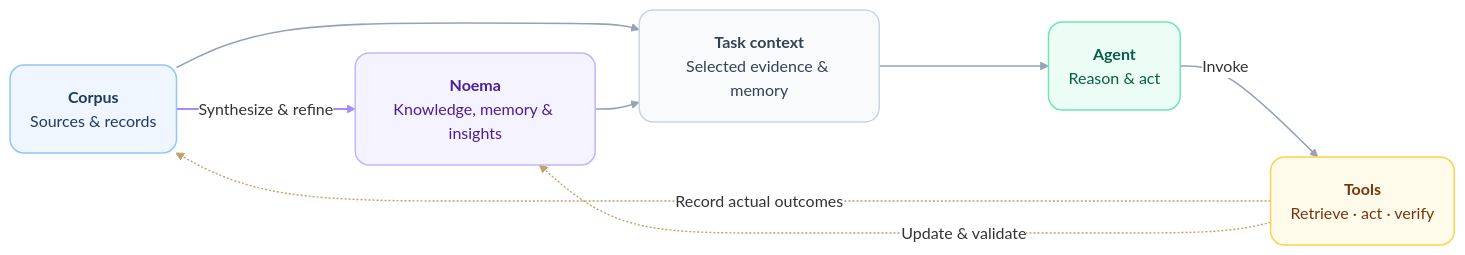
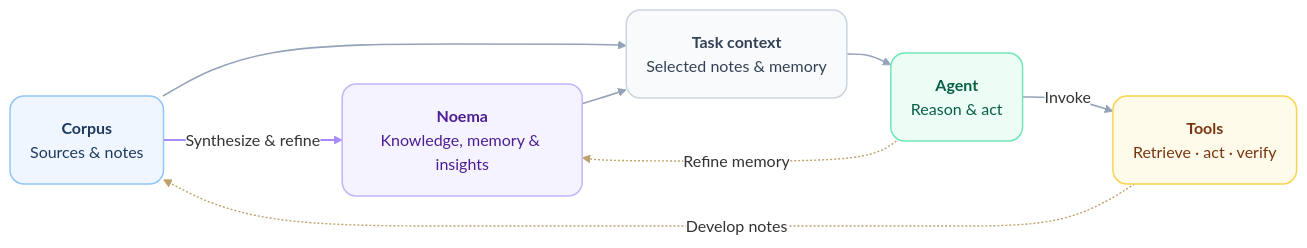
The diagram in README.md (cstheo/Noema), drawn with Mermaid before and after one commit. The commit also changed other lines of this file and 46 other files, not shown here.

Commit message:
Remove `records` and simplify Noema memory

````diff
--- a/README.md
+++ b/README.md
@@ -19,34 +19,34 @@
 ```mermaid
 %%{init: {"theme": "base", "themeVariables": {"fontFamily": "Inter, system-ui, sans-serif", "fontSize": "16px", "lineColor": "#94a3b8", "edgeLabelBackground": "#ffffff"}, "flowchart": {"curve": "basis", "nodeSpacing": 40, "rankSpacing": 44, "padding": 20}}}%%
 flowchart LR
 
-    C("<b>Corpus</b><br/>Sources & records")
+    C("<b>Corpus</b><br/>Sources & notes")
     N("<b>Noema</b><br/>Knowledge, memory & insights")
-    X("<b>Task context</b><br/>Selected evidence & memory")
+    X("<b>Task context</b><br/>Selected notes & memory")
     A("<b>Agent</b><br/>Reason & act")
     T("<b>Tools</b><br/>Retrieve · act · verify")
 
     C -->|Synthesize & refine| N
     C --> X
     N --> X
     X --> A
     A -->|Invoke| T
-    T -.->|Record actual outcomes| C
-    T -.->|Update & validate| N
+    T -.->|Develop notes| C
+    A -.->|Refine memory| N
 
     classDef corpus fill:#eff6ff,stroke:#93c5fd,color:#1e3a5f,stroke-width:1.5px,rx:14,ry:14
     classDef memory fill:#f5f3ff,stroke:#c4b5fd,color:#4c1d95,stroke-width:1.5px,rx:14,ry:14
     classDef context fill:#f8fafc,stroke:#cbd5e1,color:#334155,stroke-width:1.5px,rx:14,ry:14
     classDef agent fill:#ecfdf5,stroke:#6ee7b7,color:#065f46,stroke-width:1.5px,rx:14,ry:14
     classDef tools fill:#fffbeb,stroke:#fcd34d,color:#78350f,stroke-width:1.5px,rx:14,ry:14
 
     class C corpus
     class N memory
     class X context
     class A agent
     class T tools
 
     linkStyle 0 stroke:#a78bfa,stroke-width:1.8px
     linkStyle 1,2,3,4 stroke:#94a3b8,stroke-width:1.6px
     linkStyle 5,6 stroke:#c0a16b,stroke-width:1.4px
 ```
````
